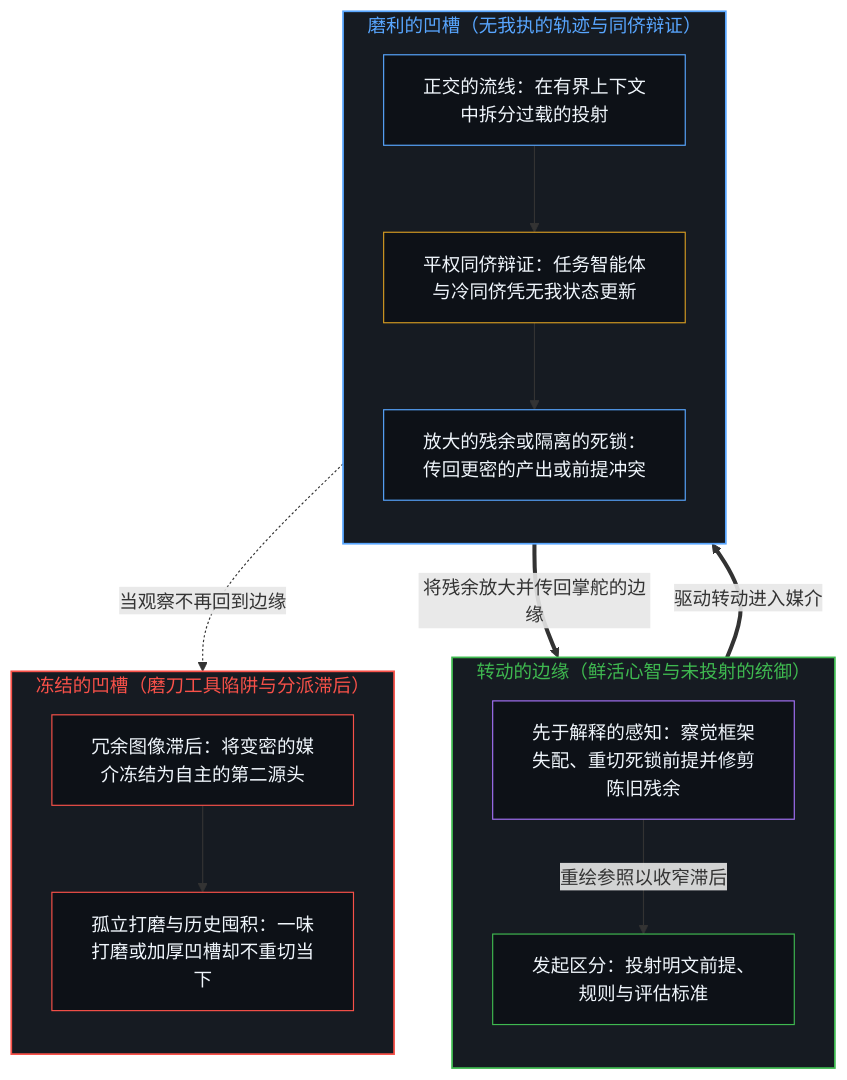
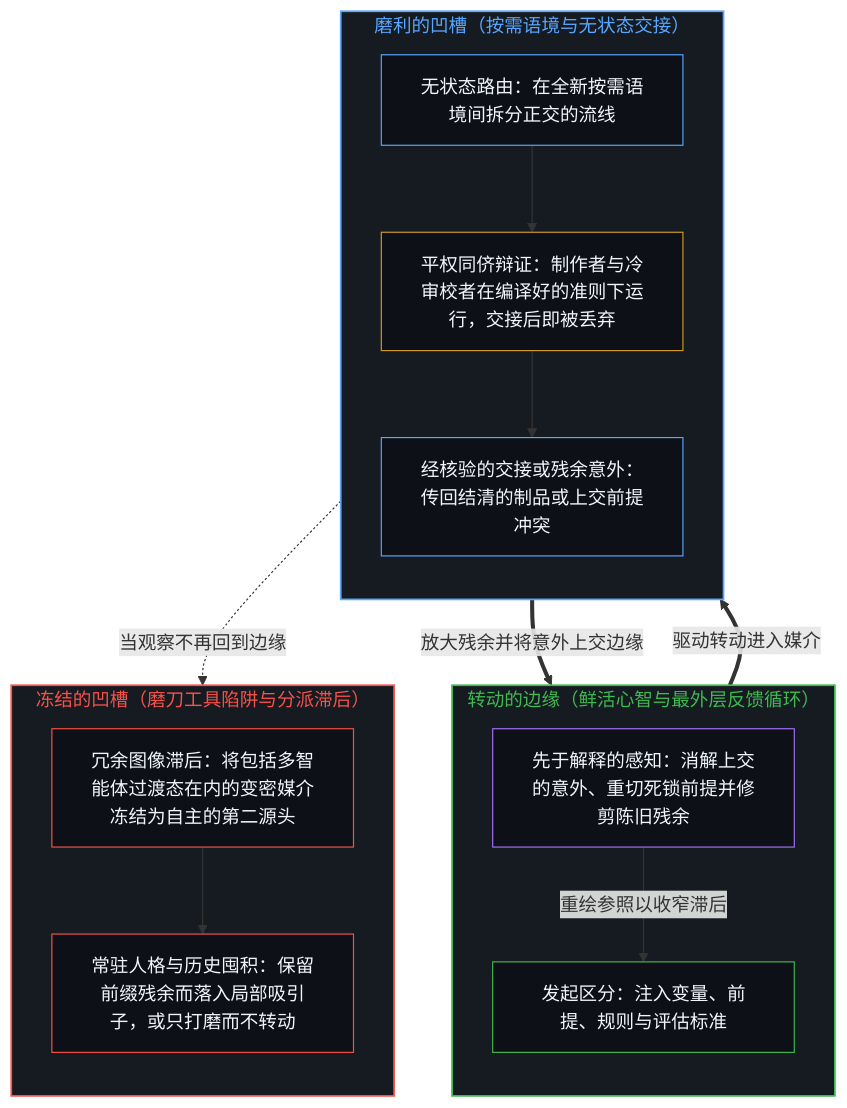
The first of 2 diagrams in content/posts/the-flywheel-of-the-mind.md (powerpig99/not-a-toe), drawn with Mermaid before and after one commit. The commit also changed other lines of this file and 7 other files, not shown here.

````diff
--- a/content/posts/the-flywheel-of-the-mind.md
+++ b/content/posts/the-flywheel-of-the-mind.md
@@ -45,35 +45,35 @@
 ```mermaid
 flowchart TD
-    subgraph S_Edge["转动的边缘（鲜活心智与未投射的统御）"]
+    subgraph S_Edge["转动的边缘（鲜活心智与最外层反馈循环）"]
         direction TB
-        E_Init["发起区分：投射明文前提、规则与评估标准"]
-        E_Sense["先于解释的感知：察觉框架失配、重切死锁前提并修剪陈旧残余"]
+        E_Init["发起区分：注入变量、前提、规则与评估标准"]
+        E_Sense["先于解释的感知：消解上交的意外、重切死锁前提并修剪陈旧残余"]
         E_Sense -->|"重绘参照以收窄滞后"| E_Init
     end
-    subgraph S_Groove["磨利的凹槽（无我执的轨迹与同侪辩证）"]
+    subgraph S_Groove["磨利的凹槽（按需语境与无状态交接）"]
         direction TB
-        G_Route["正交的流线：在有界上下文中拆分过载的投射"]
-        G_Debate["平权同侪辩证：任务智能体与冷同侪凭无我状态更新"]
-        G_Signal["放大的残余或隔离的死锁：传回更密的产出或前提冲突"]
+        G_Route["无状态路由：在全新按需语境间拆分正交的流线"]
+        G_Debate["平权同侪辩证：制作者与冷审校者在编译好的准则下运行，交接后即被丢弃"]
+        G_Signal["经核验的交接或残余意外：传回结清的制品或上交前提冲突"]
         G_Route --> G_Debate --> G_Signal
     end
     subgraph S_Trap["冻结的凹槽（磨刀工具陷阱与分派滞后）"]
         direction TB
-        T_Lag["冗余图像滞后：将变密的媒介冻结为自主的第二源头"]
-        T_Stall["孤立打磨与历史囤积：一味打磨或加厚凹槽却不重切当下"]
+        T_Lag["冗余图像滞后：将包括多智能体过渡态在内的变密媒介冻结为自主的第二源头"]
+        T_Stall["常驻人格与历史囤积：保留前缀残余而落入局部吸引子，或只打磨而不转动"]
         T_Lag --> T_Stall
     end
     E_Init ==>|"驱动转动进入媒介"| G_Route
-    G_Signal ==>|"将残余放大并传回掌舵的边缘"| E_Sense
+    G_Signal ==>|"放大残余并将意外上交边缘"| E_Sense
     G_Signal -.->|"当观察不再回到边缘"| T_Lag
     style S_Edge fill:#161b22,stroke:#3fb950,stroke-width:1.5px,color:#3fb950
     style S_Groove fill:#161b22,stroke:#58a6ff,stroke-width:1.5px,color:#58a6ff
     style S_Trap fill:#161b22,stroke:#f85149,stroke-width:1.5px,color:#f85149
     style E_Init fill:#0d1117,stroke:#3fb950,stroke-width:1px,color:#f0f6fc
     style E_Sense fill:#0d1117,stroke:#a371f7,stroke-width:1px,color:#f0f6fc
     style G_Route fill:#0d1117,stroke:#58a6ff,stroke-width:1px,color:#f0f6fc
     style G_Debate fill:#0d1117,stroke:#d29922,stroke-width:1px,color:#f0f6fc
     style G_Signal fill:#0d1117,stroke:#58a6ff,stroke-width:1px,color:#f0f6fc
     style T_Lag fill:#0d1117,stroke:#f85149,stroke-width:1px,color:#f0f6fc
     style T_Stall fill:#0d1117,stroke:#f85149,stroke-width:1px,color:#f0f6fc
 ```
````
